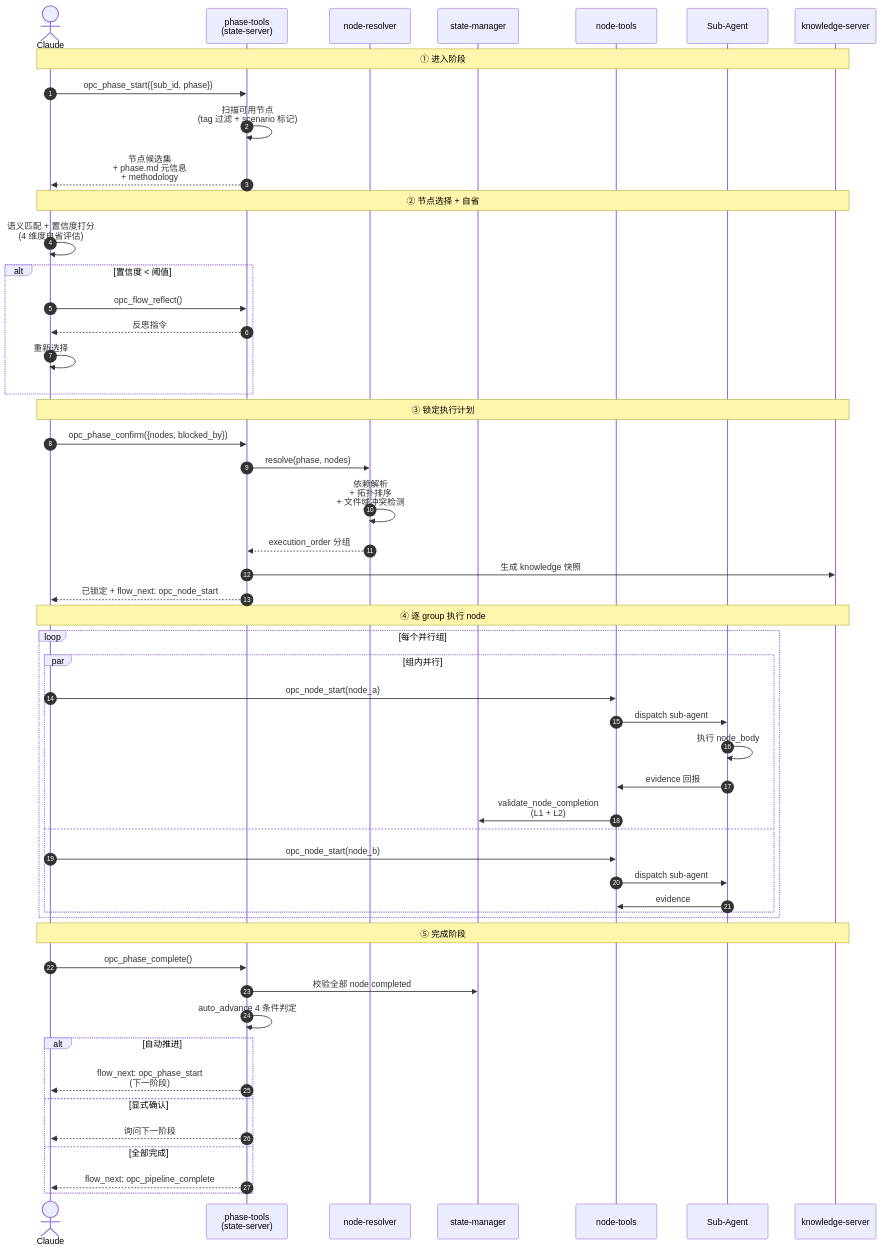
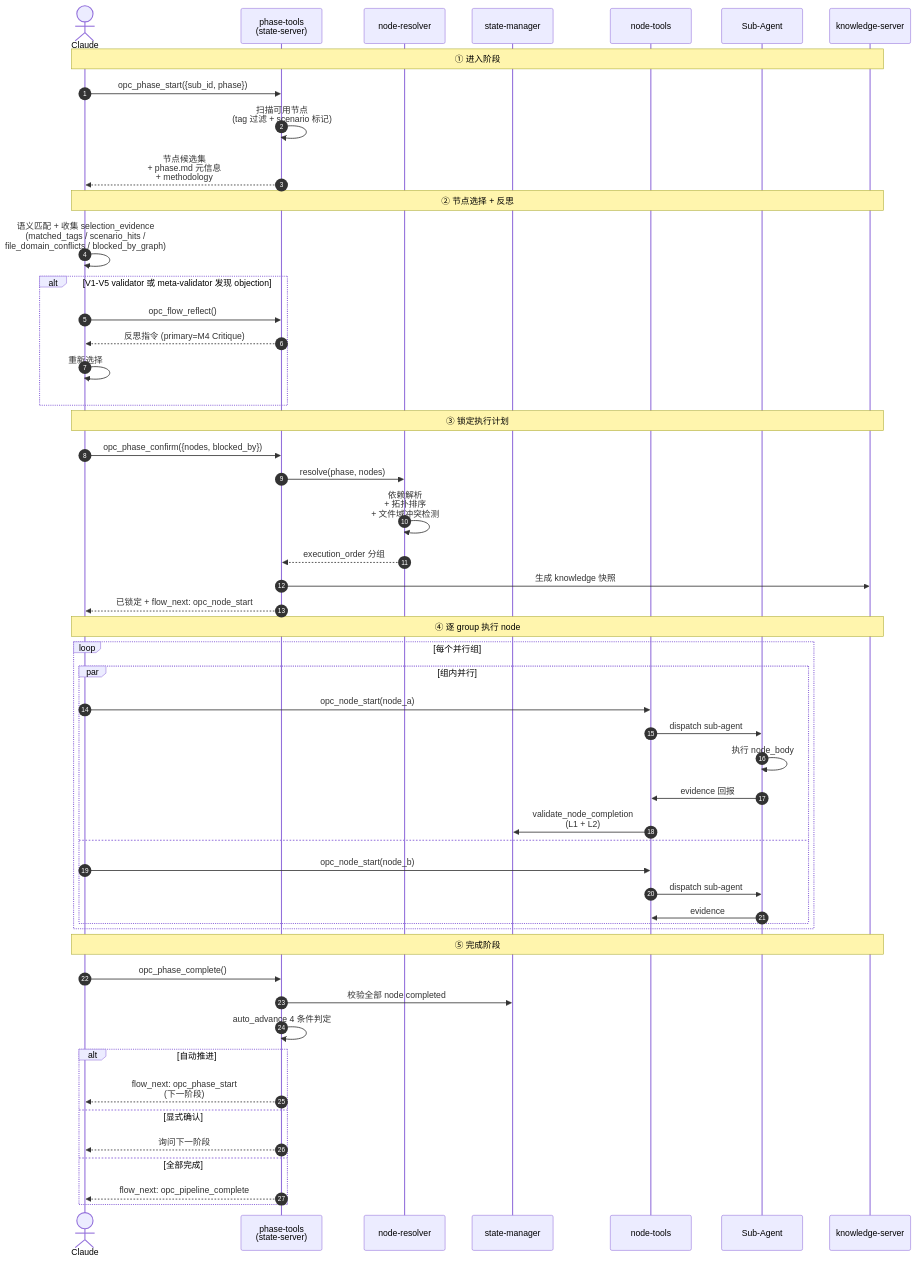
Before and after one commit to CaffeineOddity/opc-marketplace: the first of 2 diagrams in doc/feature/02-opc-state-server/03-phase/00_overview.md, drawn with Mermaid. The commit also changed other lines of this file and 38 other files, not shown here.

First line of the commit message:
docs: replace confidence-score model with evidence + V1-V5 validator across stack

````diff
--- a/doc/feature/02-opc-state-server/03-phase/00_overview.md
+++ b/doc/feature/02-opc-state-server/03-phase/00_overview.md
@@ -13,60 +13,60 @@
 ```mermaid
 sequenceDiagram
     autonumber
     actor C as Claude
     participant PH as phase-tools<br/>(state-server)
     participant NR as node-resolver
     participant SM as state-manager
     participant ND as node-tools
     participant A as Sub-Agent
     participant K as knowledge-server
 
     Note over C,K: ① 进入阶段
     C->>PH: opc_phase_start({sub_id, phase})
     PH->>PH: 扫描可用节点<br/>(tag 过滤 + scenario 标记)
     PH-->>C: 节点候选集<br/>+ phase.md 元信息<br/>+ methodology
 
-    Note over C,K: ② 节点选择 + 自省
-    C->>C: 语义匹配 + 置信度打分<br/>(4 维度自省评估)
-    alt 置信度 < 阈值
+    Note over C,K: ② 节点选择 + 反思
+    C->>C: 语义匹配 + 收集 selection_evidence<br/>(matched_tags / scenario_hits /<br/>file_domain_conflicts / blocked_by_graph)
+    alt V1-V5 validator 或 meta-validator 发现 objection
         C->>PH: opc_flow_reflect()
-        PH-->>C: 反思指令
+        PH-->>C: 反思指令 (primary=M4 Critique)
         C->>C: 重新选择
     end
 
     Note over C,K: ③ 锁定执行计划
     C->>PH: opc_phase_confirm({nodes, blocked_by})
     PH->>NR: resolve(phase, nodes)
     NR->>NR: 依赖解析<br/>+ 拓扑排序<br/>+ 文件域冲突检测
     NR-->>PH: execution_order 分组
     PH->>K: 生成 knowledge 快照
     PH-->>C: 已锁定 + flow_next: opc_node_start
 
     Note over C,K: ④ 逐 group 执行 node
     loop 每个并行组
         par 组内并行
             C->>ND: opc_node_start(node_a)
             ND->>A: dispatch sub-agent
             A->>A: 执行 node_body
             A->>ND: evidence 回报
             ND->>SM: validate_node_completion<br/>(L1 + L2)
         and
             C->>ND: opc_node_start(node_b)
             ND->>A: dispatch sub-agent
             A->>ND: evidence
         end
     end
 
     Note over C,K: ⑤ 完成阶段
     C->>PH: opc_phase_complete()
     PH->>SM: 校验全部 node completed
     PH->>PH: auto_advance 4 条件判定
 
     alt 自动推进
         PH-->>C: flow_next: opc_phase_start<br/>(下一阶段)
     else 显式确认
         PH-->>C: 询问下一阶段
     else 全部完成
         PH-->>C: flow_next: opc_pipeline_complete
     end
 ```
````
